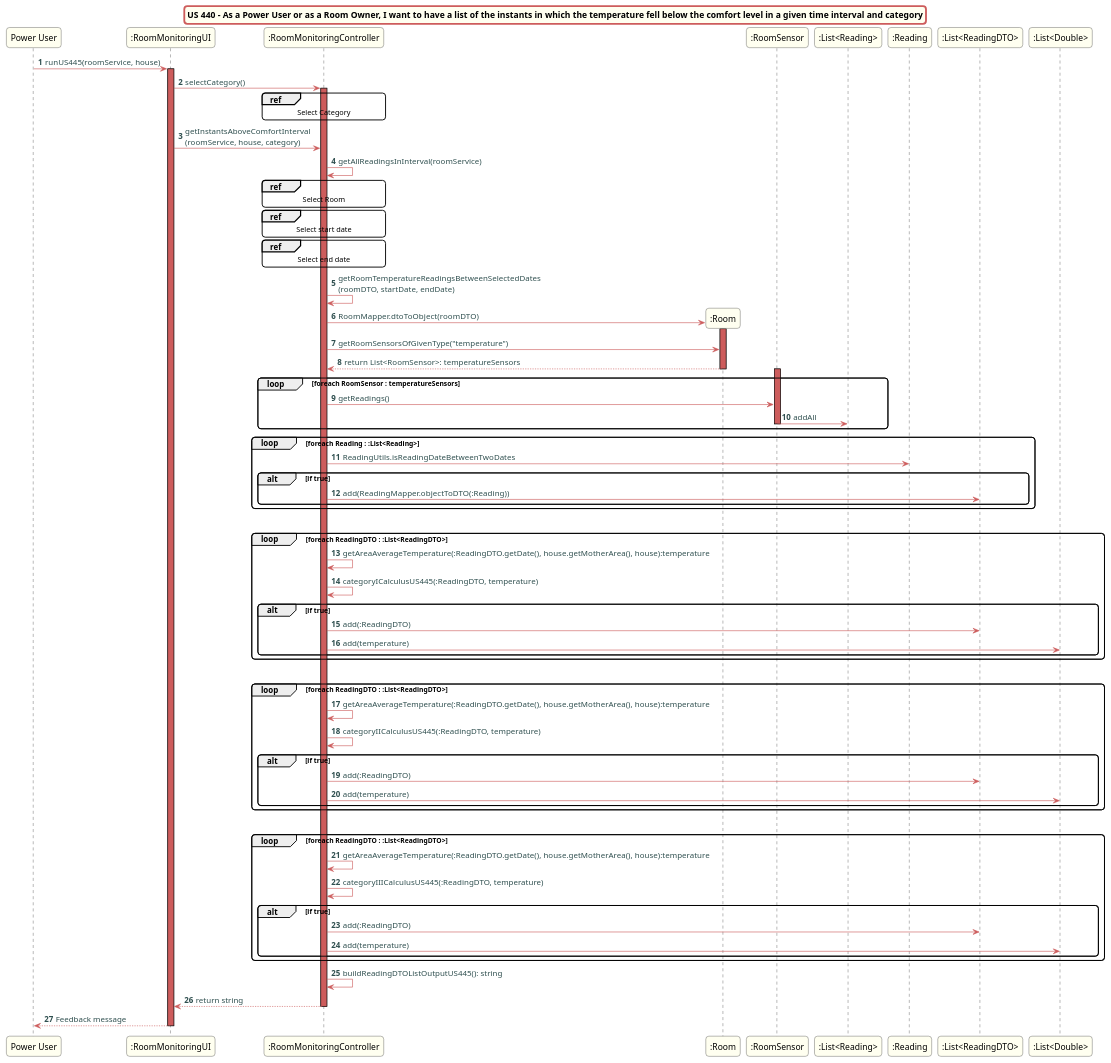
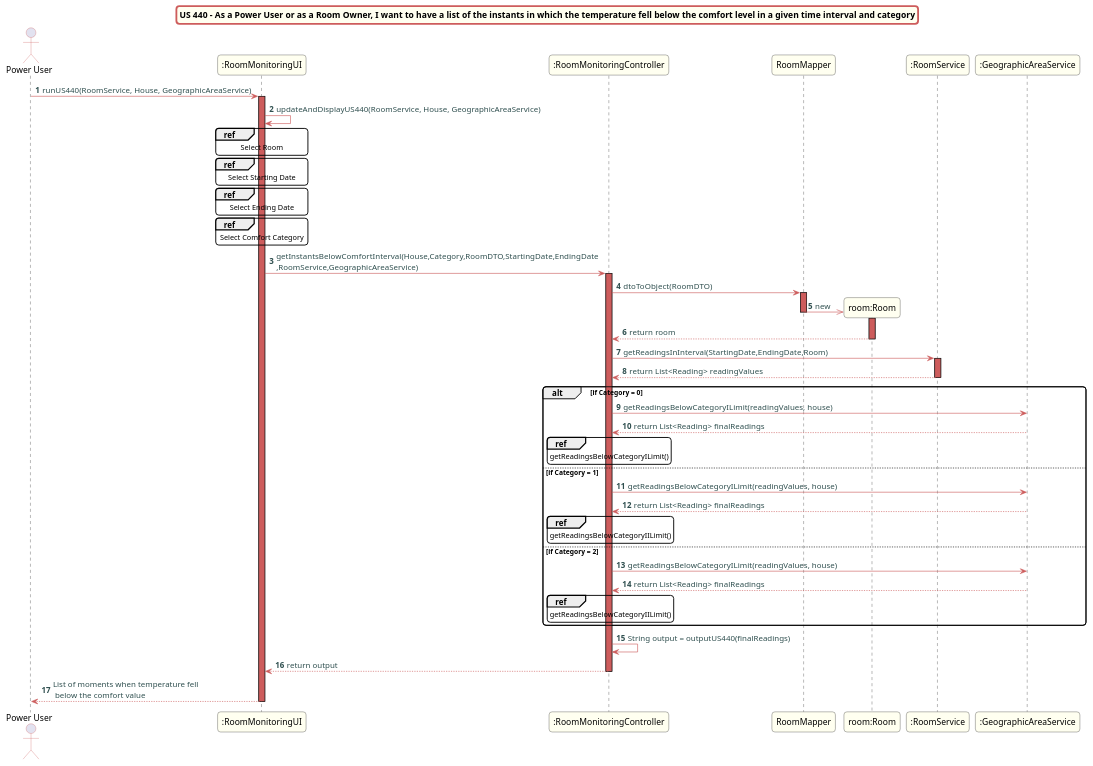
Before and after one commit to Almadanmp/project: the diagram in src/doc/Controllers/RoomMonitoring/US440/US440_sd_RoomMonitoring.puml, drawn with PlantUML. The commit also changed 8 other files, not shown here.

Commit message:
REF #162 updates US 440 and 445 methods location updates US 440 class diagram and sequence diagram

```diff
--- a/src/doc/Controllers/RoomMonitoring/US440/US440_sd_RoomMonitoring.puml
+++ b/src/doc/Controllers/RoomMonitoring/US440/US440_sd_RoomMonitoring.puml
@@ -1,96 +1,82 @@
 @startuml
 skinparam titleBorderRoundCorner 10
 skinparam titleBorderThickness 3
 skinparam titleBorderColor indianred
 skinparam titleBackgroundColor ivory
 skinparam FontName quicksand
 
 skinparam actor {
  	BorderColor indianred
  	}
 
  skinparam sequence {
  	LifeLineBackgroundColor indianred
  	ParticipantBackgroundColor ivory
  }
 
  skinparam roundcorner 10
 
  skinparam component {
    arrowThickness 1
    ArrowFontName Verdana
    ArrowColor indianred
    ArrowFontColor darkslategrey
  }
 title US 440 - As a Power User or as a Room Owner, I want to have a list of the instants in which the temperature fell below the comfort level in a given time interval and category
 autonumber
-"Power User" -> ":RoomMonitoringUI": runUS445(roomService, house)
+actor "Power User"
+"Power User" -> ":RoomMonitoringUI": runUS440(RoomService, House, GeographicAreaService)
 activate ":RoomMonitoringUI"
-":RoomMonitoringUI" -> ":RoomMonitoringController": selectCategory()
-activate ":RoomMonitoringController"
-ref over ":RoomMonitoringController"
-Select Category
-end ref
-":RoomMonitoringUI" -> ":RoomMonitoringController": getInstantsAboveComfortInterval\n(roomService, house, category)
-":RoomMonitoringController" -> ":RoomMonitoringController": getAllReadingsInInterval(roomService)
-ref over ":RoomMonitoringController"
+":RoomMonitoringUI" -> ":RoomMonitoringUI" : updateAndDisplayUS440(RoomService, House, GeographicAreaService)
+ref over ":RoomMonitoringUI"
 Select Room
 end ref
+ref over ":RoomMonitoringUI"
+Select Starting Date
+end ref
+ref over ":RoomMonitoringUI"
+Select Ending Date
+end ref
+ref over ":RoomMonitoringUI"
+Select Comfort Category
+end ref
+":RoomMonitoringUI" -> ":RoomMonitoringController": getInstantsBelowComfortInterval(House,Category,RoomDTO,StartingDate,EndingDate\n,RoomService,GeographicAreaService)
+activate ":RoomMonitoringController"
+":RoomMonitoringController" -> RoomMapper: dtoToObject(RoomDTO)
+create "room:Room"
+activate RoomMapper
+RoomMapper ->> "room:Room": new
+deactivate RoomMapper
+activate "room:Room"
+"room:Room" --> ":RoomMonitoringController": return room
+deactivate "room:Room"
+":RoomMonitoringController" -> ":RoomService": getReadingsInInterval(StartingDate,EndingDate,Room)
+activate ":RoomService"
+":RoomService" --> ":RoomMonitoringController": return List<Reading> readingValues
+deactivate ":RoomService"
+
+alt if Category = 0
+":RoomMonitoringController" -> ":GeographicAreaService": getReadingsBelowCategoryILimit(readingValues, house)
+":GeographicAreaService" --> ":RoomMonitoringController": return List<Reading> finalReadings
 ref over ":RoomMonitoringController"
-Select start date
+getReadingsBelowCategoryILimit()
 end ref
+else if Category = 1
+":RoomMonitoringController" -> ":GeographicAreaService": getReadingsBelowCategoryILimit(readingValues, house)
+":GeographicAreaService" --> ":RoomMonitoringController": return List<Reading> finalReadings
 ref over ":RoomMonitoringController"
-Select end date
+getReadingsBelowCategoryIILimit()
 end ref
-":RoomMonitoringController" -> ":RoomMonitoringController":getRoomTemperatureReadingsBetweenSelectedDates\n(roomDTO, startDate, endDate)
-create ":Room"
-":RoomMonitoringController" -> ":Room": RoomMapper.dtoToObject(roomDTO)
-activate ":Room"
-":RoomMonitoringController" -> ":Room": getRoomSensorsOfGivenType("temperature")
-":Room" -->":RoomMonitoringController": return List<RoomSensor>: temperatureSensors
-deactivate ":Room"
-loop  foreach RoomSensor : temperatureSensors
-activate ":RoomSensor"
-":RoomMonitoringController" -> ":RoomSensor":getReadings()
-":RoomSensor" -> ":List<Reading>": addAll
-deactivate ":RoomSensor"
+else if Category = 2
+":RoomMonitoringController" -> ":GeographicAreaService": getReadingsBelowCategoryILimit(readingValues, house)
+":GeographicAreaService" --> ":RoomMonitoringController": return List<Reading> finalReadings
+ref over ":RoomMonitoringController"
+getReadingsBelowCategoryIILimit()
+end ref
 end
-loop  foreach Reading : :List<Reading>
-":RoomMonitoringController" -> ":Reading":ReadingUtils.isReadingDateBetweenTwoDates
-alt if true
-":RoomMonitoringController" -> ":List<ReadingDTO>": add(ReadingMapper.objectToDTO(:Reading))
-end
-end
-alt if category == 0
-loop  foreach ReadingDTO : :List<ReadingDTO>
-":RoomMonitoringController" -> ":RoomMonitoringController": getAreaAverageTemperature(:ReadingDTO.getDate(), house.getMotherArea(), house):temperature
-":RoomMonitoringController" -> ":RoomMonitoringController": categoryICalculusUS445(:ReadingDTO, temperature)
-alt if true
-":RoomMonitoringController" -> ":List<ReadingDTO>": add(:ReadingDTO)
-":RoomMonitoringController" -> ":List<Double>": add(temperature)
-end
-end
-alt if category == 1
-loop  foreach ReadingDTO : :List<ReadingDTO>
-":RoomMonitoringController" -> ":RoomMonitoringController": getAreaAverageTemperature(:ReadingDTO.getDate(), house.getMotherArea(), house):temperature
-":RoomMonitoringController" -> ":RoomMonitoringController": categoryIICalculusUS445(:ReadingDTO, temperature)
-alt if true
-":RoomMonitoringController" -> ":List<ReadingDTO>": add(:ReadingDTO)
-":RoomMonitoringController" -> ":List<Double>": add(temperature)
-end
-end
-alt if category == 2
-loop  foreach ReadingDTO : :List<ReadingDTO>
-":RoomMonitoringController" -> ":RoomMonitoringController": getAreaAverageTemperature(:ReadingDTO.getDate(), house.getMotherArea(), house):temperature
-":RoomMonitoringController" -> ":RoomMonitoringController": categoryIIICalculusUS445(:ReadingDTO, temperature)
-alt if true
-":RoomMonitoringController" -> ":List<ReadingDTO>": add(:ReadingDTO)
-":RoomMonitoringController" -> ":List<Double>": add(temperature)
-end
-end
-":RoomMonitoringController" -> ":RoomMonitoringController":buildReadingDTOListOutputUS445(): string
-":RoomMonitoringController" --> ":RoomMonitoringUI": return string
+":RoomMonitoringController" -> ":RoomMonitoringController": String output = outputUS440(finalReadings)
+":RoomMonitoringController" --> ":RoomMonitoringUI": return output
 deactivate ":RoomMonitoringController"
-":RoomMonitoringUI" --> "Power User": Feedback message
+":RoomMonitoringUI" --> "Power User": List of moments when temperature fell \n below the comfort value
 deactivate ":RoomMonitoringUI"
 @enduml
```
